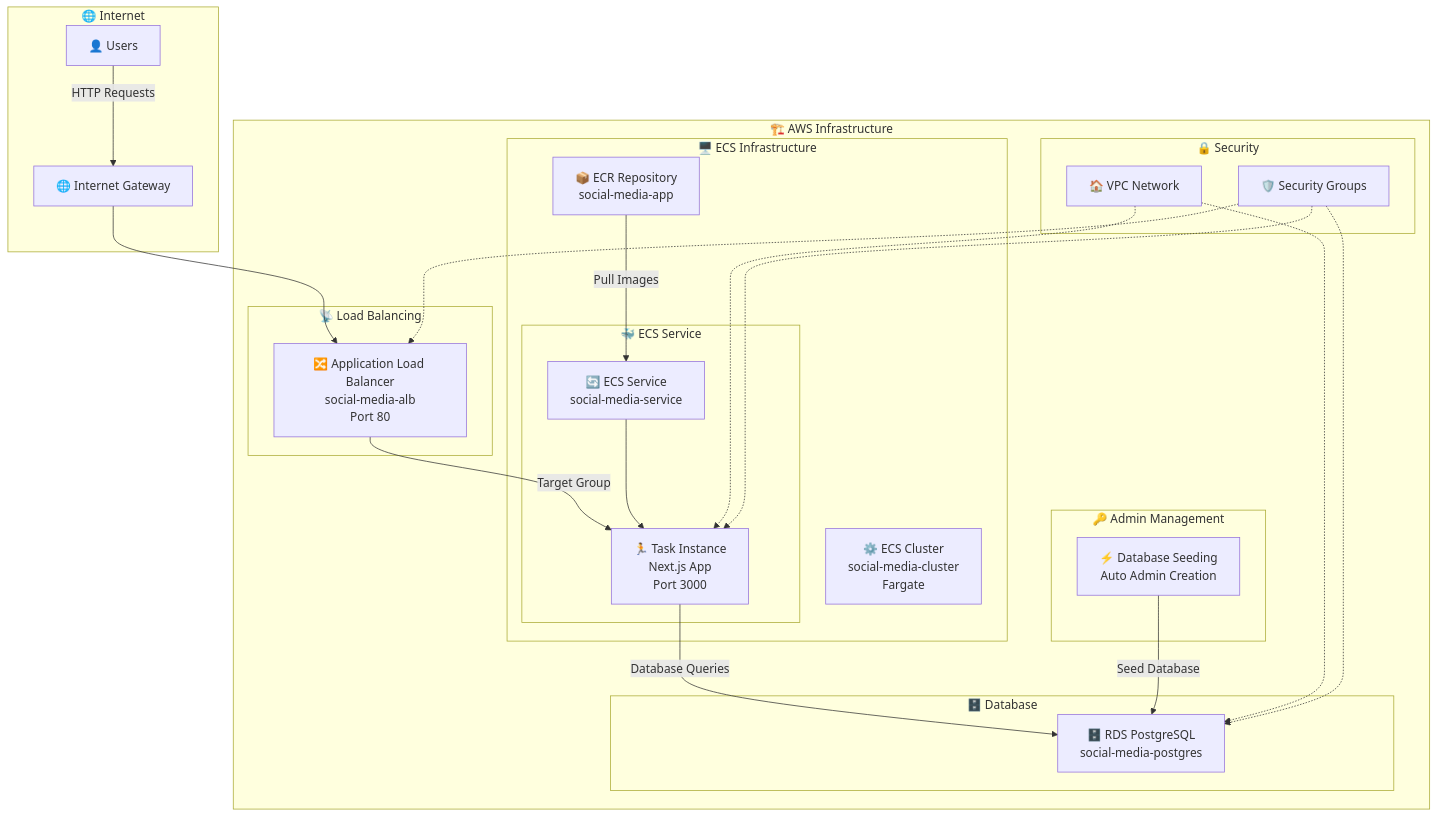
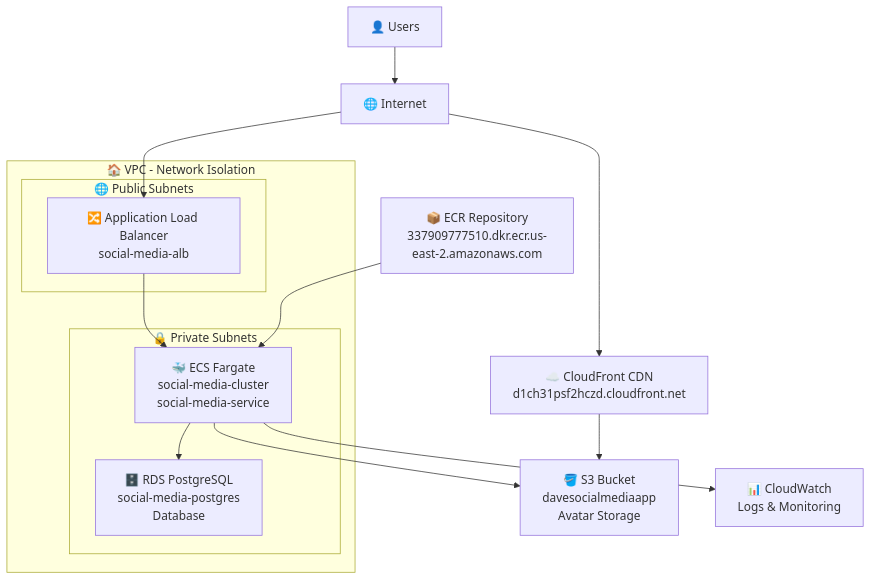
One commit to N-Dave-08/social-media-next changed the diagram in README.md. Above: the diagram before and after it, drawn with Mermaid. The commit also changed 2 other files, not shown here.

Commit message:
docs: update architecture diagrams in README, DEPLOYMENT_COMPLETE, and DEVOPS documentation to reflect current AWS infrastructure, including ECS, RDS, and CloudFront integrations

````diff
--- a/README.md
+++ b/README.md
@@ -300,52 +300,30 @@
 ```mermaid
 graph TB
-    subgraph "🌐 Internet"
-        User[👤 Users]
-        Internet[🌐 Internet Gateway]
-    end
+    Users[👤 Users] --> Internet[🌐 Internet]
+    Internet --> CloudFront[☁️ CloudFront CDN<br/>d1ch31psf2hczd.cloudfront.net]
+    Internet --> ALB[🔀 Application Load Balancer<br/>social-media-alb]
     
-    subgraph "🏗️ AWS Infrastructure"
-        subgraph "📡 Load Balancing"
-            ALB[🔀 Application Load Balancer<br/>social-media-alb<br/>Port 80]
+    CloudFront --> S3[🪣 S3 Bucket<br/>davesocialmediaapp<br/>Avatar Storage]
+    
+    ALB --> ECS[🐳 ECS Fargate<br/>social-media-cluster<br/>social-media-service]
+    
+    ECS --> RDS[🗄️ RDS PostgreSQL<br/>social-media-postgres<br/>Database]
+    ECS --> S3
+    
+    ECR[📦 ECR Repository<br/>337909777510.dkr.ecr.us-east-2.amazonaws.com] --> ECS
+    
+    subgraph "🏠 VPC - Network Isolation"
+        ALB
+        ECS
+        RDS
+        subgraph "🌐 Public Subnets"
+            ALB
         end
-        
-        subgraph "🖥️ ECS Infrastructure"
-            ECRRepo[📦 ECR Repository<br/>social-media-app]
-            ECSCluster[⚙️ ECS Cluster<br/>social-media-cluster<br/>Fargate]
-            
-            subgraph "🐳 ECS Service"
-                ECSService[🔄 ECS Service<br/>social-media-service]
-                Task1[🏃 Task Instance<br/>Next.js App<br/>Port 3000]
-            end
-        end
-        
-        subgraph "🗄️ Database"
-            RDS[🗄️ RDS PostgreSQL<br/>social-media-postgres]
-        end
-        
-        subgraph "🔒 Security"
-            VPC[🏠 VPC Network]
-            SG[🛡️ Security Groups]
-        end
-        
-        subgraph "🔑 Admin Management"
-            AdminTask[⚡ Database Seeding<br/>Auto Admin Creation]
+        subgraph "🔒 Private Subnets"
+            ECS
+            RDS
         end
     end
     
-    %% Traffic Flow
-    User -->|HTTP Requests| Internet
-    Internet --> ALB
-    ALB -->|Target Group| Task1
-    Task1 -->|Database Queries| RDS
-    
-    %% Infrastructure
-    ECRRepo -->|Pull Images| ECSService
-    ECSService --> Task1
-    AdminTask -->|Seed Database| RDS
-    VPC -.-> Task1
-    VPC -.-> RDS
-    SG -.-> ALB
-    SG -.-> Task1
-    SG -.-> RDS
+    ECS --> CloudWatch[📊 CloudWatch<br/>Logs & Monitoring]
 ```
````
